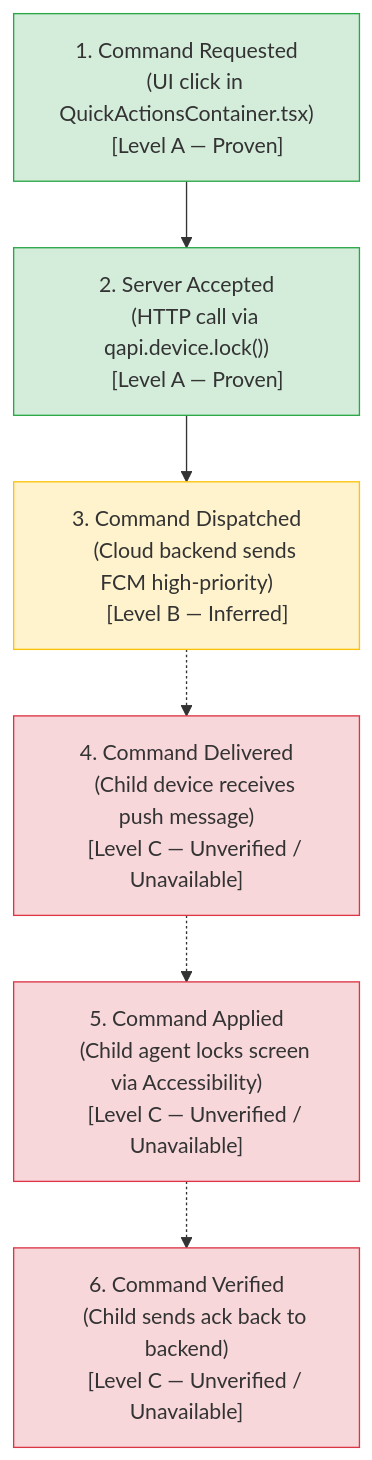
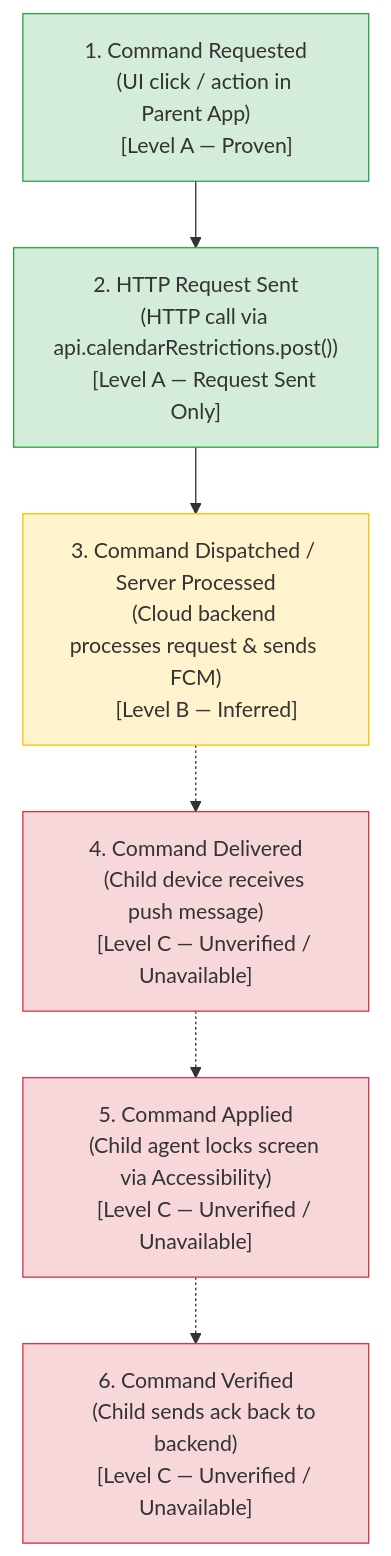
One commit to Bassam-mohammed-alqaeadi/family-os-v2 changed the diagram in spec/01-foundation/benchmark-intelligence/inventories/qustodio/analysis/POST-COMMIT-QUALITY-AUDIT.md. Above: the diagram before and after it, drawn with Mermaid. The commit also changed other lines of this file and 3 other files, not shown here.

````diff
--- a/spec/01-foundation/benchmark-intelligence/inventories/qustodio/analysis/POST-COMMIT-QUALITY-AUDIT.md
+++ b/spec/01-foundation/benchmark-intelligence/inventories/qustodio/analysis/POST-COMMIT-QUALITY-AUDIT.md
@@ -112,27 +112,27 @@
 ```mermaid
 flowchart TD
     S1["1. Command Requested
-    (UI click in QuickActionsContainer.tsx)
-    [Level A — Proven]"] --> S2["2. Server Accepted
-    (HTTP call via qapi.device.lock())
-    [Level A — Proven]"]
-    S2 --> S3["3. Command Dispatched
-    (Cloud backend sends FCM high-priority)
+    (UI click / action in Parent App)
+    [Level A — Proven]"] --> S2["2. HTTP Request Sent
+    (HTTP call via api.calendarRestrictions.post())
+    [Level A — Request Sent Only]"]
+    S2 --> S3["3. Command Dispatched / Server Processed
+    (Cloud backend processes request & sends FCM)
     [Level B — Inferred]"]
     S3 -.-> S4["4. Command Delivered
     (Child device receives push message)
     [Level C — Unverified / Unavailable]"]
     S4 -.-> S5["5. Command Applied
     (Child agent locks screen via Accessibility)
     [Level C — Unverified / Unavailable]"]
     S5 -.-> S6["6. Command Verified
     (Child sends ack back to backend)
     [Level C — Unverified / Unavailable]"]
 
     style S1 fill:#d4edda,stroke:#28a745
     style S2 fill:#d4edda,stroke:#28a745
     style S3 fill:#fff3cd,stroke:#ffc107
     style S4 fill:#f8d7da,stroke:#dc3545
     style S5 fill:#f8d7da,stroke:#dc3545
     style S6 fill:#f8d7da,stroke:#dc3545
 ```
````
